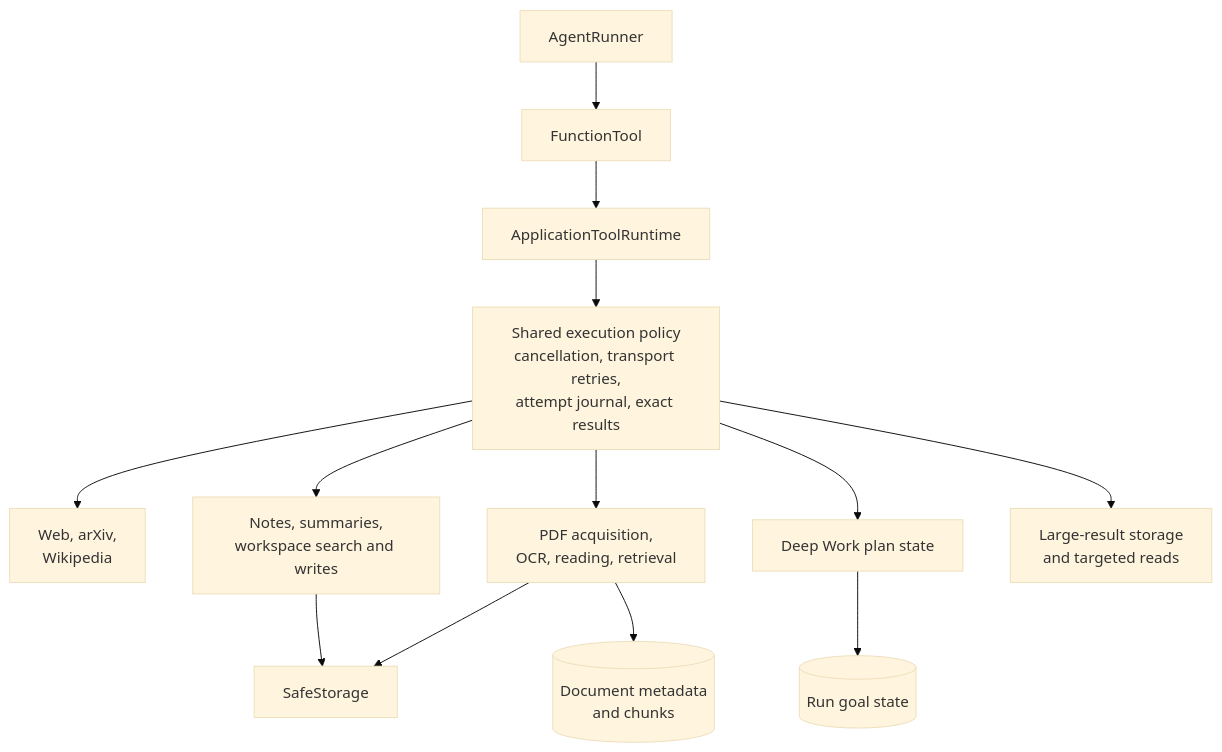
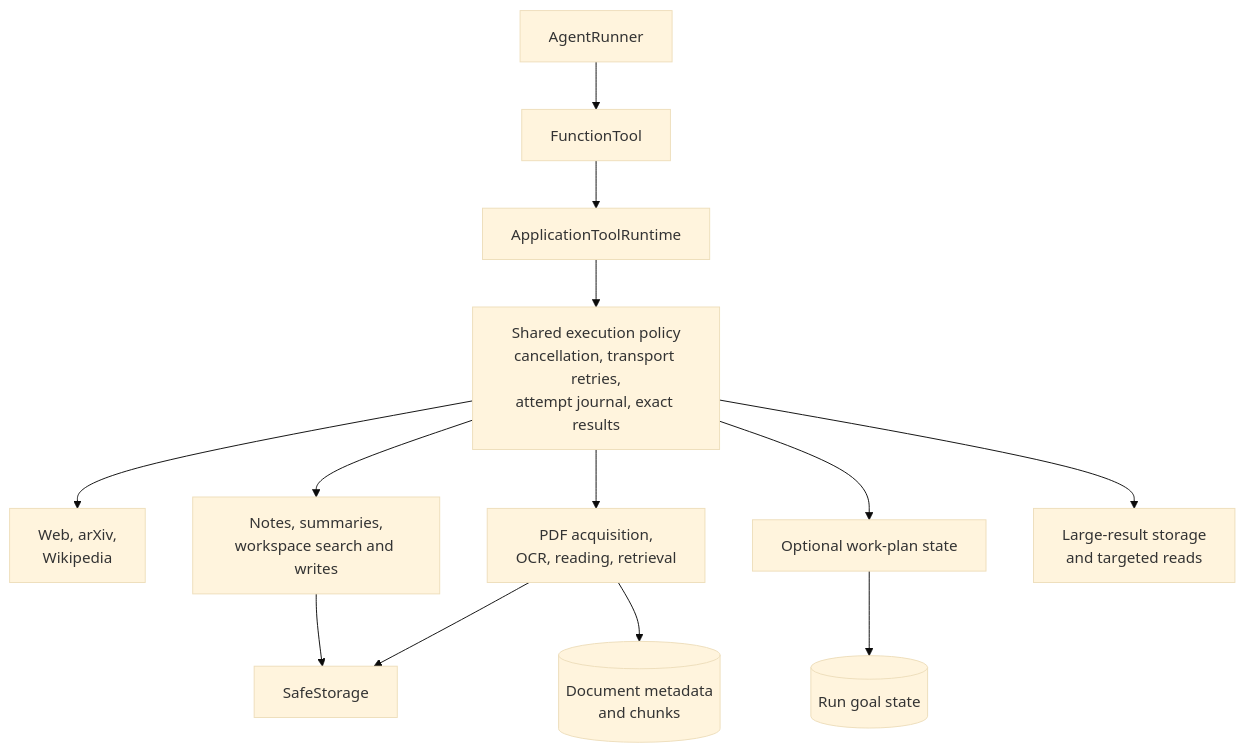
The seventh of 16 diagrams in docs/architecture.md (giridharmunagala/scholarweave), drawn with Mermaid (base theme) before and after one commit. The commit also changed other lines of this file and 95 other files, not shown here.

````diff
--- a/docs/architecture.md
+++ b/docs/architecture.md
@@ -270,18 +342,18 @@
 ```mermaid
 flowchart TD
     Agent[AgentRunner] --> Tool[FunctionTool]
     Tool --> Runtime[ApplicationToolRuntime]
 
     Runtime --> Middleware["Shared execution policy<br/>cancellation, transport retries,<br/>attempt journal, exact results"]
 
     Middleware --> Sources[Web, arXiv,<br/>Wikipedia]
     Middleware --> Documents[PDF acquisition,<br/>OCR, reading, retrieval]
     Middleware --> Workspace[Notes, summaries,<br/>workspace search and writes]
-    Middleware --> Plans[Deep Work plan state]
+    Middleware --> Plans[Optional work-plan state]
     Middleware --> Results[Large-result storage<br/>and targeted reads]
 
     Documents --> Storage[SafeStorage]
     Workspace --> Storage
     Documents --> DocDB[(Document metadata<br/>and chunks)]
     Plans --> RunDB[(Run goal state)]
 ```
````
